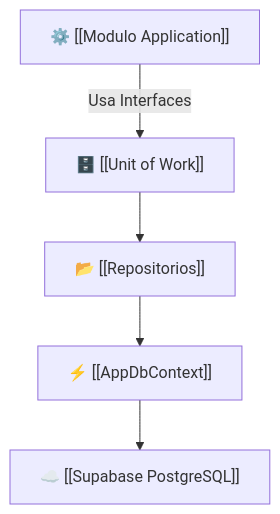
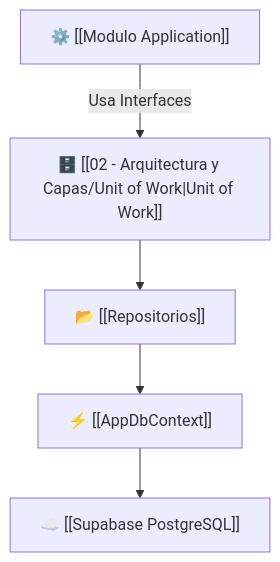
One commit to ShaguittoScot/Slotify_back changed the diagram in docs/02 - Arquitectura y Capas/Modulo Infrastructure.md. Above: the diagram before and after it, drawn with Mermaid. The commit also changed other lines of this file and 104 other files, not shown here.

````diff
--- a/docs/02 - Arquitectura y Capas/Modulo Infrastructure.md
+++ b/docs/02 - Arquitectura y Capas/Modulo Infrastructure.md
@@ -39,7 +39,7 @@
 ```mermaid
 graph TD
-    App["⚙️ [[Modulo Application]]"] -->|Usa Interfaces| UOW["🗄️ [[Unit of Work]]"]
+    App["⚙️ [[Modulo Application]]"] -->|Usa Interfaces| UOW["🗄️ [[02 - Arquitectura y Capas/Unit of Work|Unit of Work]]"]
     UOW --> Repos["📂 [[Repositorios]]"]
     Repos --> DbContext["⚡ [[AppDbContext]]"]
     DbContext --> DB["☁️ [[Supabase PostgreSQL]]"]
 ```
````
